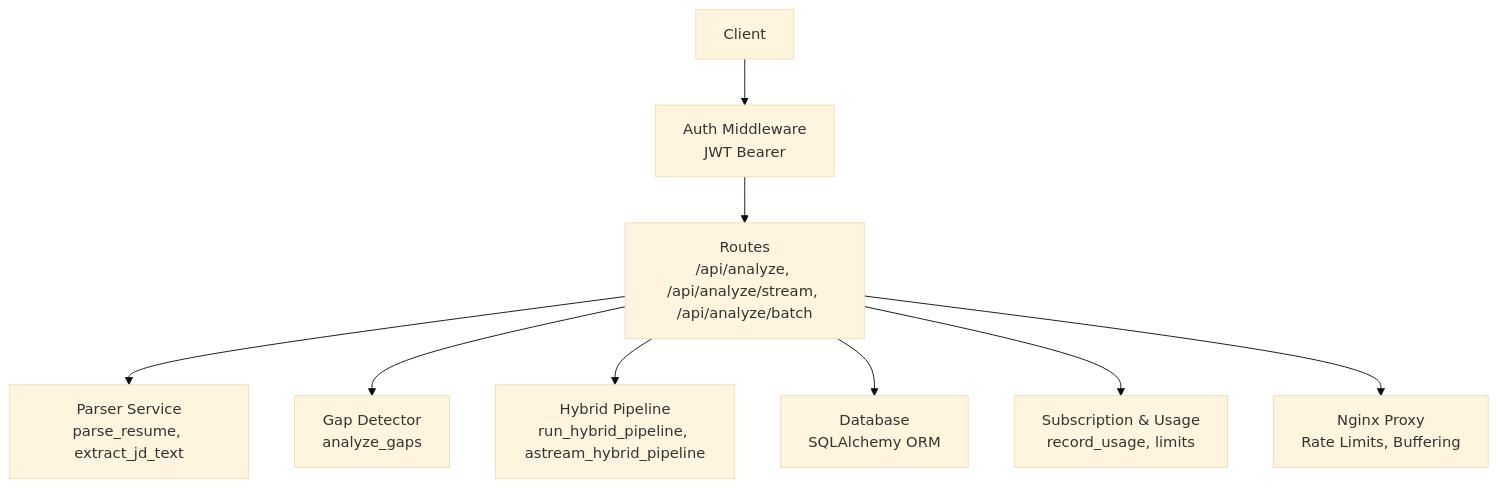
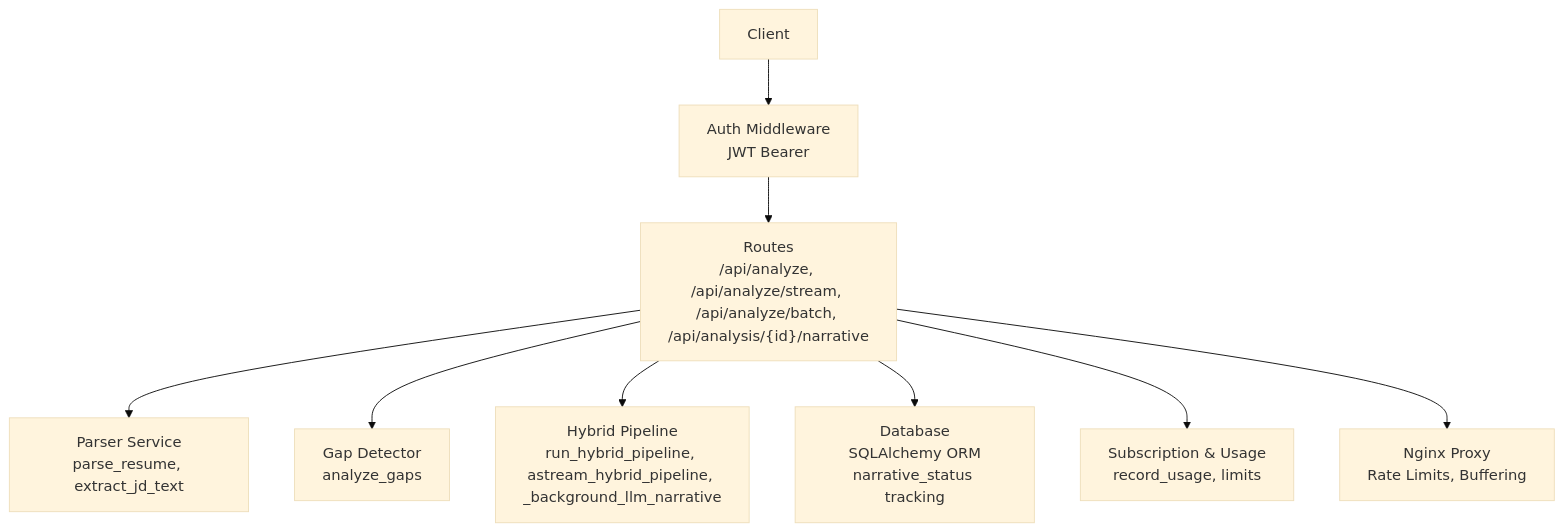
Before and after one commit to Revanththetalogics/aireume: the first of 3 diagrams in .qoder/repowiki/en/content/API Reference/Analysis Endpoints/Analysis Endpoints.md, drawn with Mermaid (base theme). The commit also changed other lines of this file and 15 other files, not shown here.

````diff
--- a/.qoder/repowiki/en/content/API Reference/Analysis Endpoints/Analysis Endpoints.md
+++ b/.qoder/repowiki/en/content/API Reference/Analysis Endpoints/Analysis Endpoints.md
@@ -44,19 +55,19 @@
 ```mermaid
 graph TB
 Client["Client"]
 Auth["Auth Middleware<br/>JWT Bearer"]
-Routes["Routes<br/>/api/analyze, /api/analyze/stream, /api/analyze/batch"]
+Routes["Routes<br/>/api/analyze, /api/analyze/stream, /api/analyze/batch, /api/analysis/{id}/narrative"]
 Parser["Parser Service<br/>parse_resume, extract_jd_text"]
 Gap["Gap Detector<br/>analyze_gaps"]
-Hybrid["Hybrid Pipeline<br/>run_hybrid_pipeline, astream_hybrid_pipeline"]
-DB["Database<br/>SQLAlchemy ORM"]
+Hybrid["Hybrid Pipeline<br/>run_hybrid_pipeline, astream_hybrid_pipeline, _background_llm_narrative"]
+DB["Database<br/>SQLAlchemy ORM<br/>narrative_status tracking"]
 Sub["Subscription & Usage<br/>record_usage, limits"]
 Nginx["Nginx Proxy<br/>Rate Limits, Buffering"]
 Client --> Auth --> Routes
 Routes --> Parser
 Routes --> Gap
 Routes --> Hybrid
 Routes --> DB
 Routes --> Sub
 Routes --> Nginx
 ```
````
